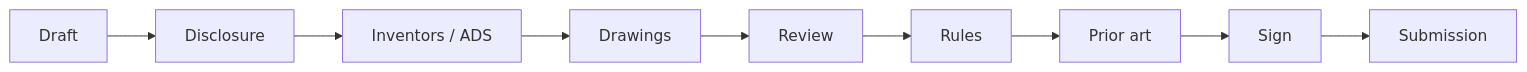
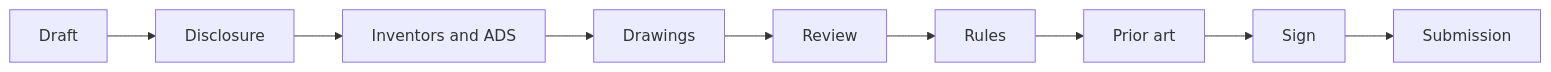
One commit to aaravmin/Pincite changed the fourth of 4 diagrams in README.md. Above: the diagram before and after it, drawn with Mermaid. The commit also changed other lines of this file and 29 other files, not shown here.

````diff
--- a/README.md
+++ b/README.md
@@ -99,5 +103,5 @@
 ```mermaid
 flowchart LR
-  D[Draft] --> I[Disclosure] --> N[Inventors / ADS] --> W[Drawings]
+  D[Draft] --> I[Disclosure] --> N[Inventors and ADS] --> W[Drawings]
   W --> R[Review] --> U[Rules] --> P[Prior art] --> S[Sign] --> X[Submission]
 ```
````
